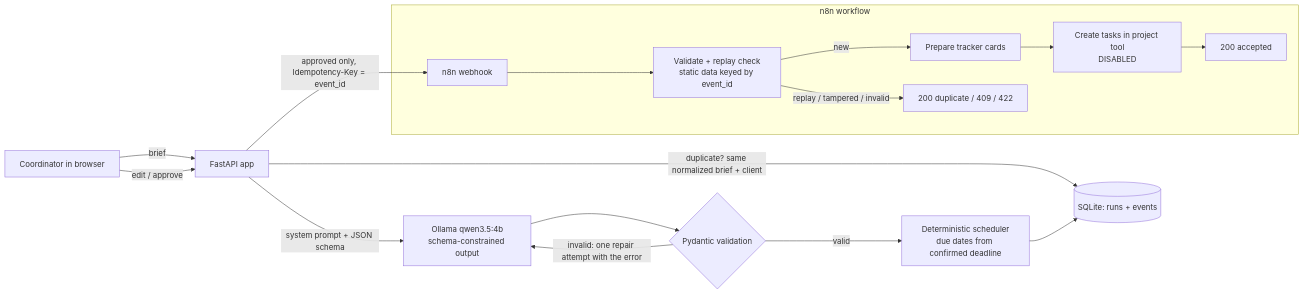
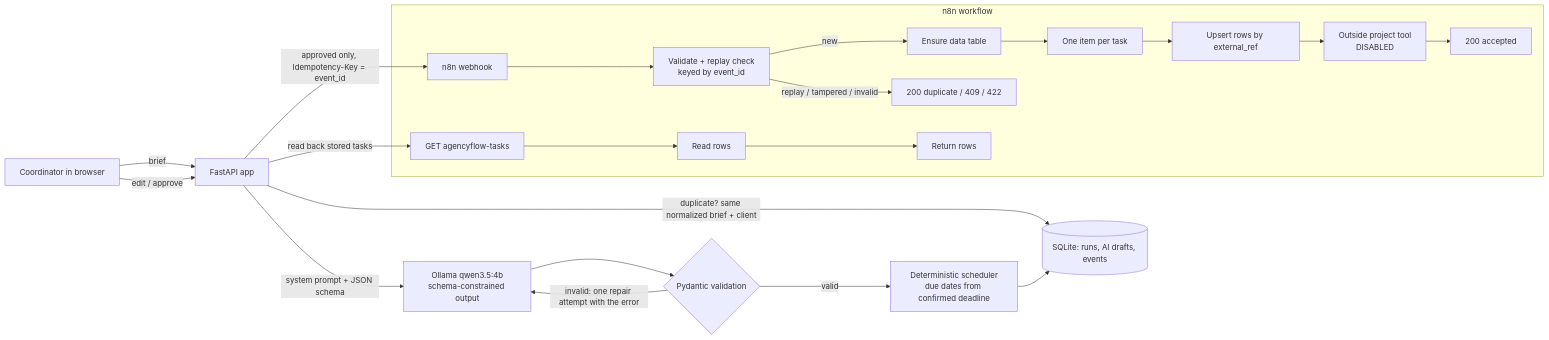
One commit to mathesonlj16-eng/AgencyFlow-AI changed the diagram in README.md. Above: the diagram before and after it, drawn with Mermaid. The commit also changed other lines of this file and 6 other files, not shown here.

````diff
--- a/README.md
+++ b/README.md
@@ -34,17 +45,19 @@
 ```mermaid
 flowchart LR
     U[Coordinator in browser] -->|brief| API[FastAPI app]
-    API -->|duplicate? same normalized brief + client| DB[(SQLite: runs + events)]
+    API -->|duplicate? same normalized brief + client| DB[(SQLite: runs, AI drafts, events)]
     API -->|system prompt + JSON schema| LLM[Ollama qwen3.5:4b<br/>schema-constrained output]
     LLM --> V{Pydantic validation}
     V -->|invalid: one repair attempt with the error| LLM
     V -->|valid| S[Deterministic scheduler<br/>due dates from confirmed deadline]
     S --> DB
     U -->|edit / approve| API
     API -->|approved only, Idempotency-Key = event_id| N8N[n8n webhook]
     subgraph n8n workflow
-      N8N --> C[Validate + replay check<br/>static data keyed by event_id]
-      C -->|new| P[Prepare tracker cards] --> X[Create tasks in project tool<br/>DISABLED] --> A[200 accepted]
+      N8N --> C[Validate + replay check<br/>keyed by event_id]
+      C -->|new| T[Ensure data table] --> P[One item per task] --> W[Upsert rows by external_ref] --> X[Outside project tool<br/>DISABLED] --> A[200 accepted]
       C -->|replay / tampered / invalid| R[200 duplicate / 409 / 422]
+      G[GET agencyflow-tasks] --> RT[Read rows] --> RB[Return rows]
     end
+    API -->|read back stored tasks| G
 ```
````
